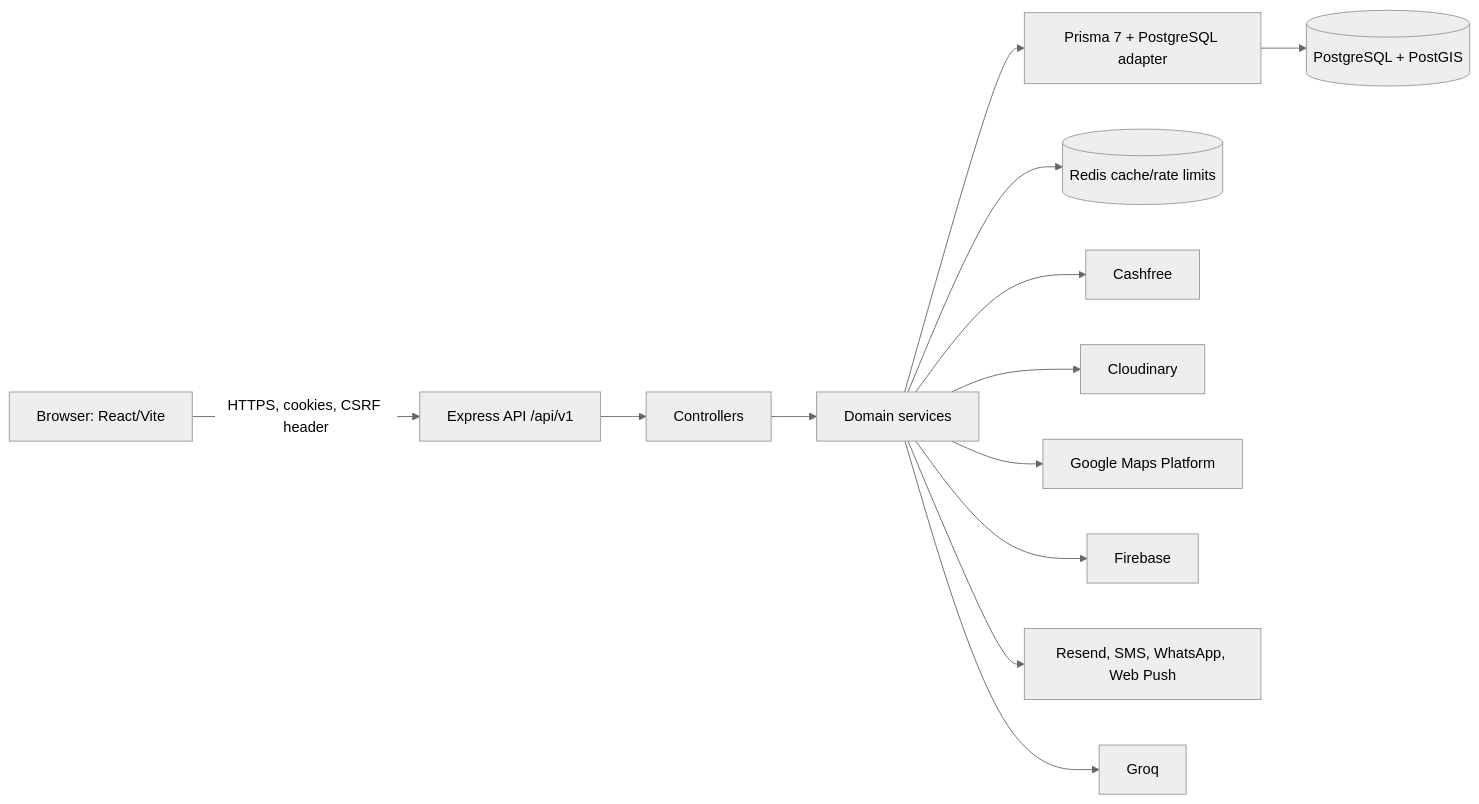
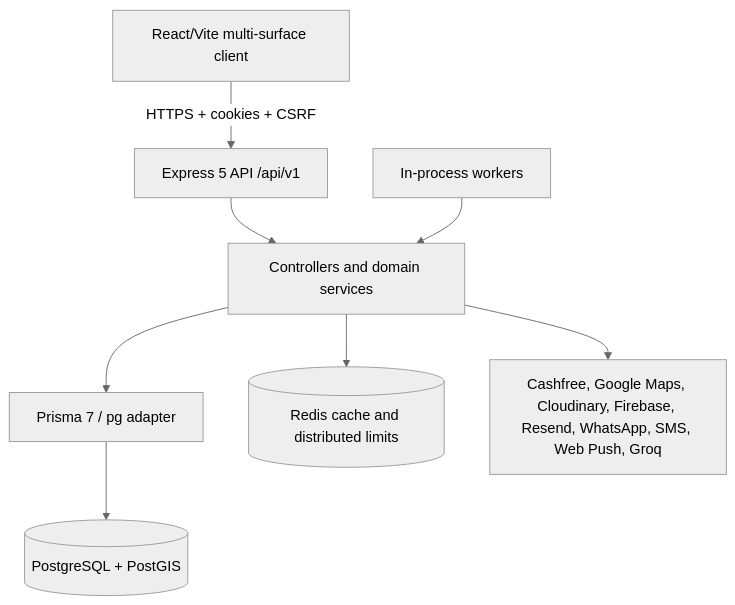
The diagram in README.md (Aayush20253534/Garage-startup), drawn with Mermaid (neutral theme) before and after one commit. The commit also changed other lines of this file and 14 other files, not shown here.

````diff
--- a/README.md
+++ b/README.md
@@ -20,15 +21,10 @@
 ```mermaid
-flowchart LR
-    Browser["Browser: React/Vite"] -->|HTTPS, cookies, CSRF header| API["Express API /api/v1"]
-    API --> Controllers[Controllers]
-    Controllers --> Services[Domain services]
-    Services --> Prisma["Prisma 7 + PostgreSQL adapter"]
+flowchart TD
+    UI["React/Vite multi-surface client"] -->|"HTTPS + cookies + CSRF"| API["Express 5 API /api/v1"]
+    API --> Domain["Controllers and domain services"]
+    Domain --> Prisma["Prisma 7 / pg adapter"]
     Prisma --> DB[("PostgreSQL + PostGIS")]
-    Services --> Redis[("Redis cache/rate limits")]
-    Services --> Cashfree[Cashfree]
-    Services --> Cloudinary[Cloudinary]
-    Services --> Google[Google Maps Platform]
-    Services --> Firebase[Firebase]
-    Services --> Messaging["Resend, SMS, WhatsApp, Web Push"]
-    Services --> Groq[Groq]
+    Domain --> Redis[("Redis cache and distributed limits")]
+    Domain --> Providers["Cashfree, Google Maps, Cloudinary, Firebase, Resend, WhatsApp, SMS, Web Push, Groq"]
+    Workers["In-process workers"] --> Domain
 ```
````
